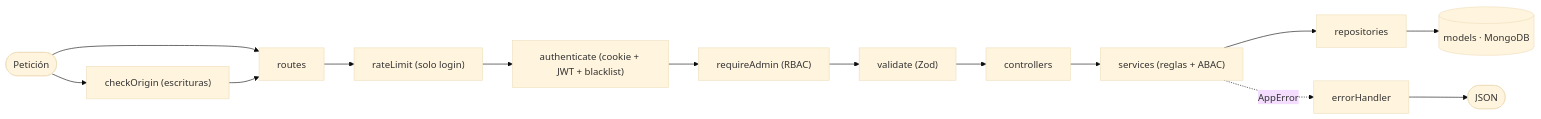
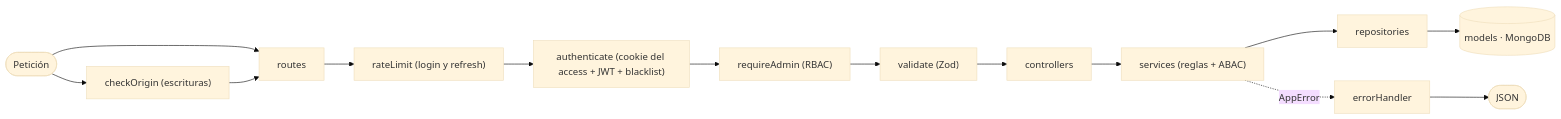
Before and after one commit to Yonderus/ReviShop-Tienda-Segunda-Mano: the first of 3 diagrams in secondhand-api/README.md, drawn with Mermaid (base theme). The commit also changed other lines of this file and 2 other files, not shown here.

Commit message:
docs: access y refresh token, rotación y renovación automática (R5)

````diff
--- a/secondhand-api/README.md
+++ b/secondhand-api/README.md
@@ -93,16 +100,16 @@
 ```mermaid
 flowchart LR
     R([Petición]) --> RT[routes]
     R --> OR["checkOrigin (escrituras)"]
     OR --> RT
-    RT --> RL["rateLimit (solo login)"]
-    RL --> AU["authenticate (cookie + JWT + blacklist)"]
+    RT --> RL["rateLimit (login y refresh)"]
+    RL --> AU["authenticate (cookie del access + JWT + blacklist)"]
     AU --> AD["requireAdmin (RBAC)"]
     AD --> V["validate (Zod)"]
     V --> C[controllers]
     C --> S["services (reglas + ABAC)"]
     S --> RP[repositories]
     RP --> M[("models · MongoDB")]
     S -. AppError .-> EH[errorHandler]
     EH --> RES([JSON])
 ```
````
